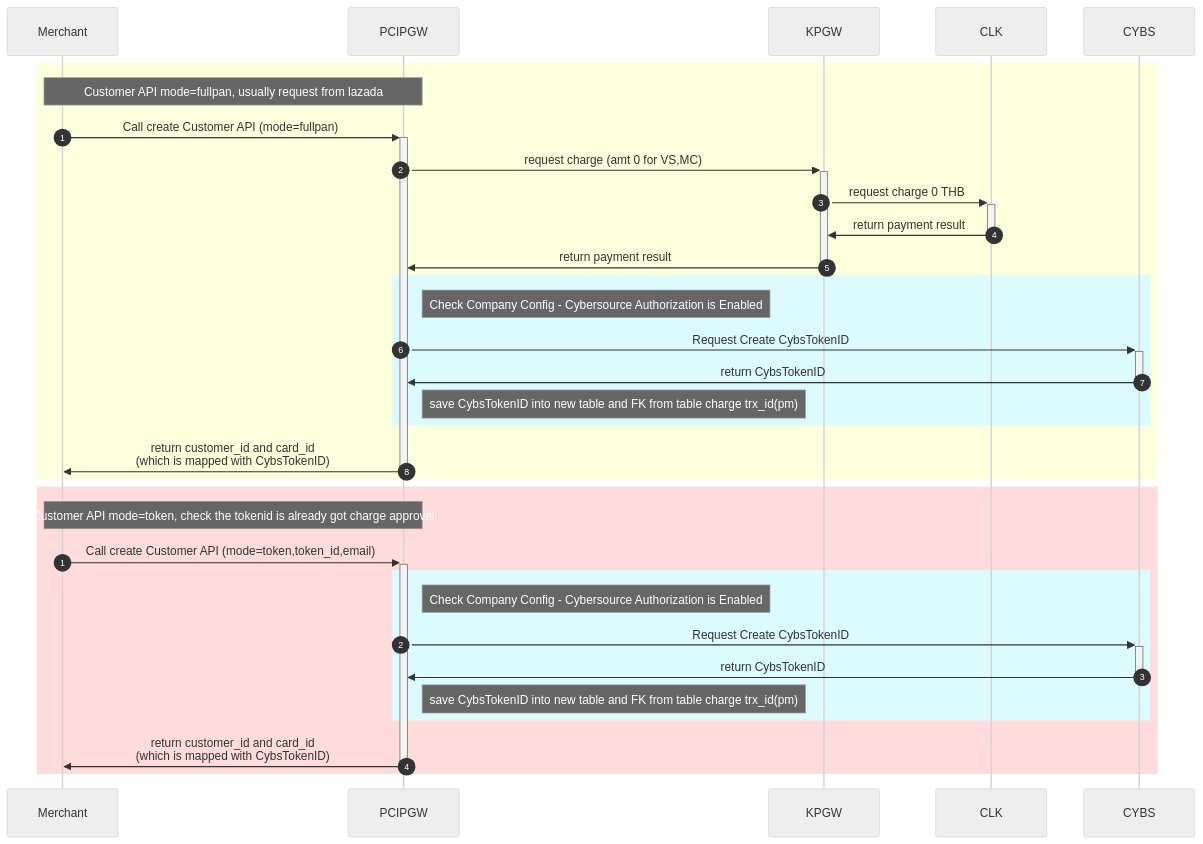
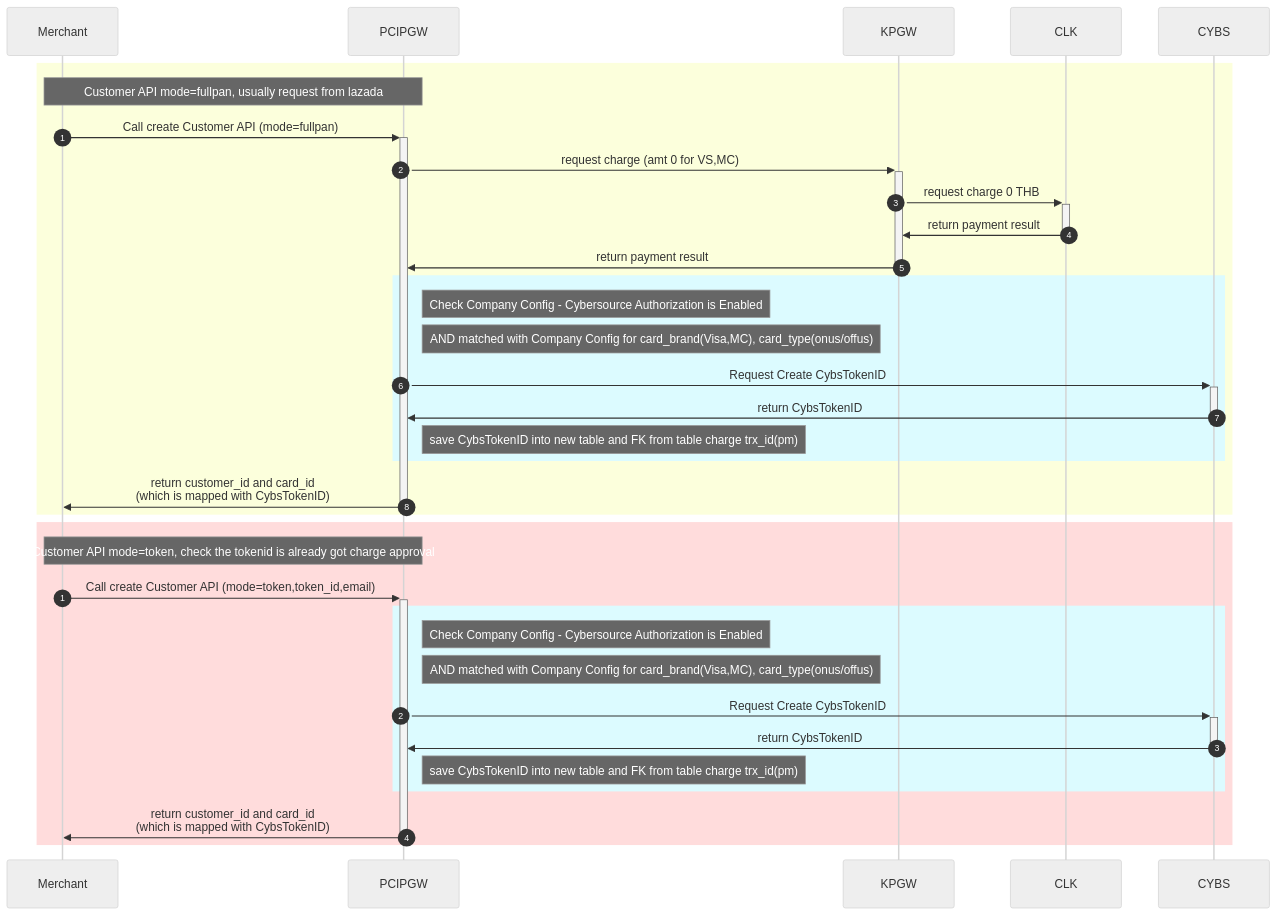
One commit to yuusuke25/MyNotes changed the eighth of 9 diagrams in Cybs-Ph2-Flow-new1.md. Above: the diagram before and after it, drawn with Mermaid (neutral theme). The commit also changed other lines of this file, not shown here.

````diff
--- a/Cybs-Ph2-Flow-new1.md
+++ b/Cybs-Ph2-Flow-new1.md
@@ -258,32 +261,34 @@
 ```mermaid
     sequenceDiagram
         autonumber 1
         rect rgb(252, 255, 220)
             Note over Merchant,PCIPGW: Customer API mode=fullpan, usually request from lazada
             Merchant->>+PCIPGW:Call create Customer API (mode=fullpan)
             PCIPGW->>+KPGW:request charge (amt 0 for VS,MC)
             KPGW->>+CLK:request charge 0 THB
             CLK->>-KPGW:return payment result
             KPGW->>-PCIPGW:return payment result
             rect rgb(220, 251, 255)
               Note right of PCIPGW: Check Company Config - Cybersource Authorization is Enabled
+              Note right of PCIPGW: AND matched with Company Config for card_brand(Visa,MC), card_type(onus/offus)
               PCIPGW->>+CYBS:Request Create CybsTokenID
               CYBS->>-PCIPGW:return CybsTokenID
               Note right of PCIPGW: save CybsTokenID into new table and FK from table charge trx_id(pm)
             end
             PCIPGW->>-Merchant:return customer_id and card_id<br>(which is mapped with CybsTokenID)
         end
         
         autonumber 1
         rect rgb(255, 220, 220)
         Note over Merchant,PCIPGW: Customer API mode=token, check the tokenid is already got charge approval
             Merchant->>+PCIPGW:Call create Customer API (mode=token,token_id,email)
               rect rgb(220, 251, 255)
                   Note right of PCIPGW: Check Company Config - Cybersource Authorization is Enabled
+                  Note right of PCIPGW: AND matched with Company Config for card_brand(Visa,MC), card_type(onus/offus)
                   PCIPGW->>+CYBS:Request Create CybsTokenID
                   CYBS->>-PCIPGW:return CybsTokenID
                   Note right of PCIPGW: save CybsTokenID into new table and FK from table charge trx_id(pm)
               end
             PCIPGW->>-Merchant:return customer_id and card_id <br>(which is mapped with CybsTokenID)
         end
 ```
````
